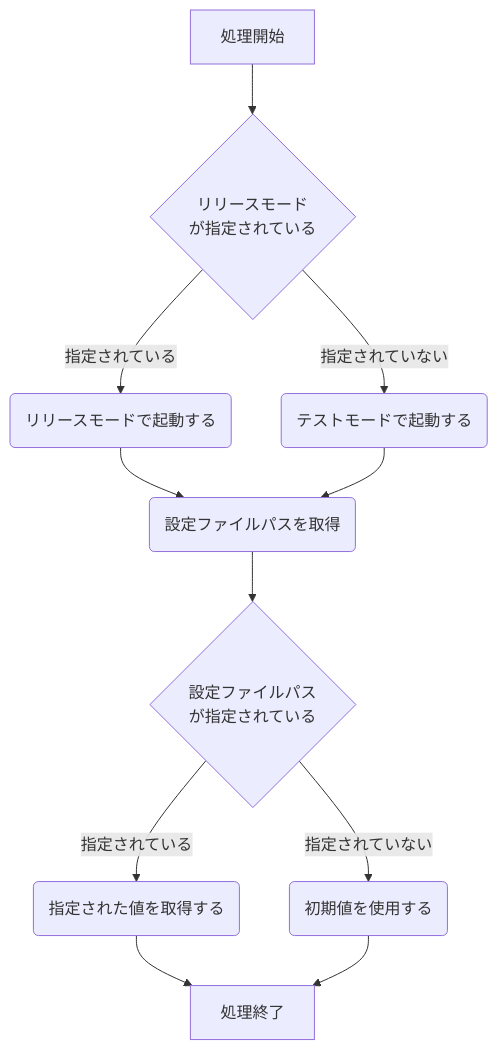
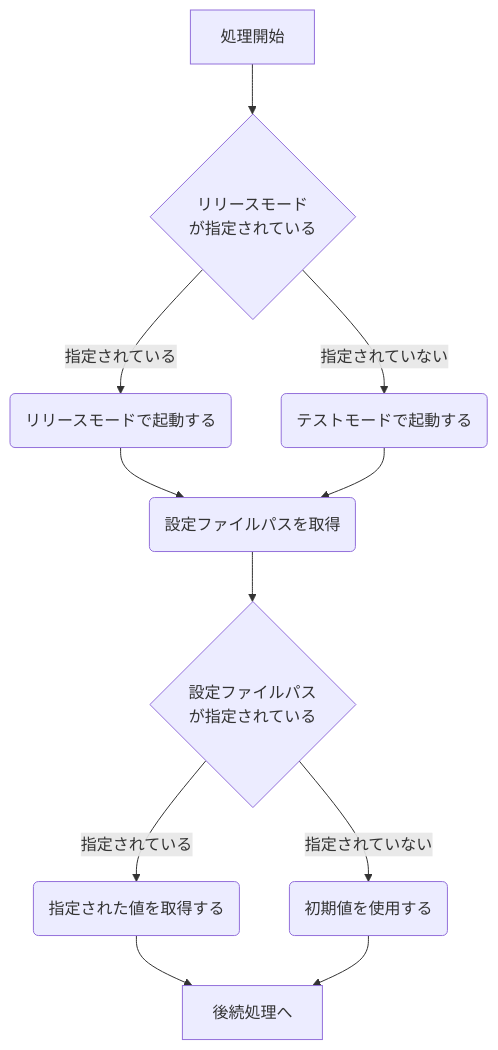
Before and after one commit to sleepy-cat-devs/Sleepy-Cat-Discordbot: the diagram in docs/初期化処理.md, drawn with Mermaid. The commit also changed other lines of this file and 2 other files, not shown here.

````diff
--- a/docs/初期化処理.md
+++ b/docs/初期化処理.md
@@ -32,13 +32,13 @@
 ```mermaid
 flowchart TB
   Start[処理開始] --> is_release{リリースモード<br>が指定されている}
   is_release --> |指定されている|release(リリースモードで起動する)
   is_release --> |指定されていない|test(テストモードで起動する)
   release --> get_option_dir(設定ファイルパスを取得)
   test --> get_option_dir
   get_option_dir --> is_option_dir{設定ファイルパス<br>が指定されている}
   is_option_dir --> |指定されている|dir_on(指定された値を取得する)
   is_option_dir --> |指定されていない|dir_off(初期値を使用する)
-  dir_on --> End[処理終了]
+  dir_on --> End[後続処理へ]
   dir_off --> End
 ```
````
